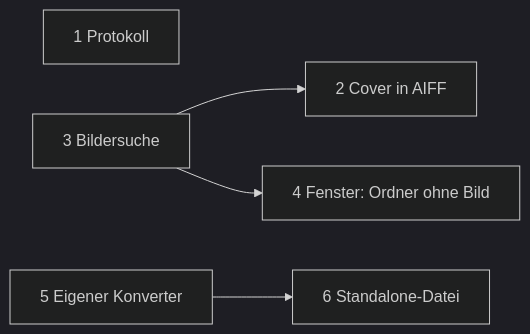
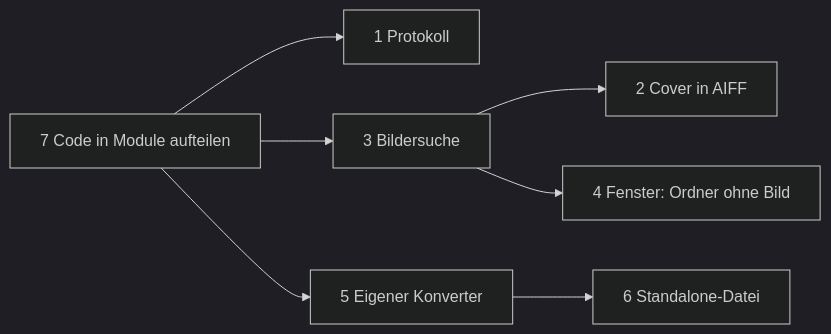
The diagram in wiki/offen.md (Senci/audio-konverter), drawn with Mermaid (dark theme) before and after one commit. The commit also changed other lines of this file, not shown here.

````diff
--- a/wiki/offen.md
+++ b/wiki/offen.md
@@ -3,7 +3,9 @@
 ```mermaid
 flowchart LR
-    P["1 Protokoll"]
-    B["3 Bildersuche"] --> C["2 Cover in AIFF"]
+    M["7 Code in Module aufteilen"] --> P["1 Protokoll"]
+    M --> B["3 Bildersuche"]
+    M --> K["5 Eigener Konverter"]
+    B --> C["2 Cover in AIFF"]
     B --> N["4 Fenster: Ordner ohne Bild"]
-    K["5 Eigener Konverter"] --> S["6 Standalone-Datei"]
+    K --> S["6 Standalone-Datei"]
 ```
````
